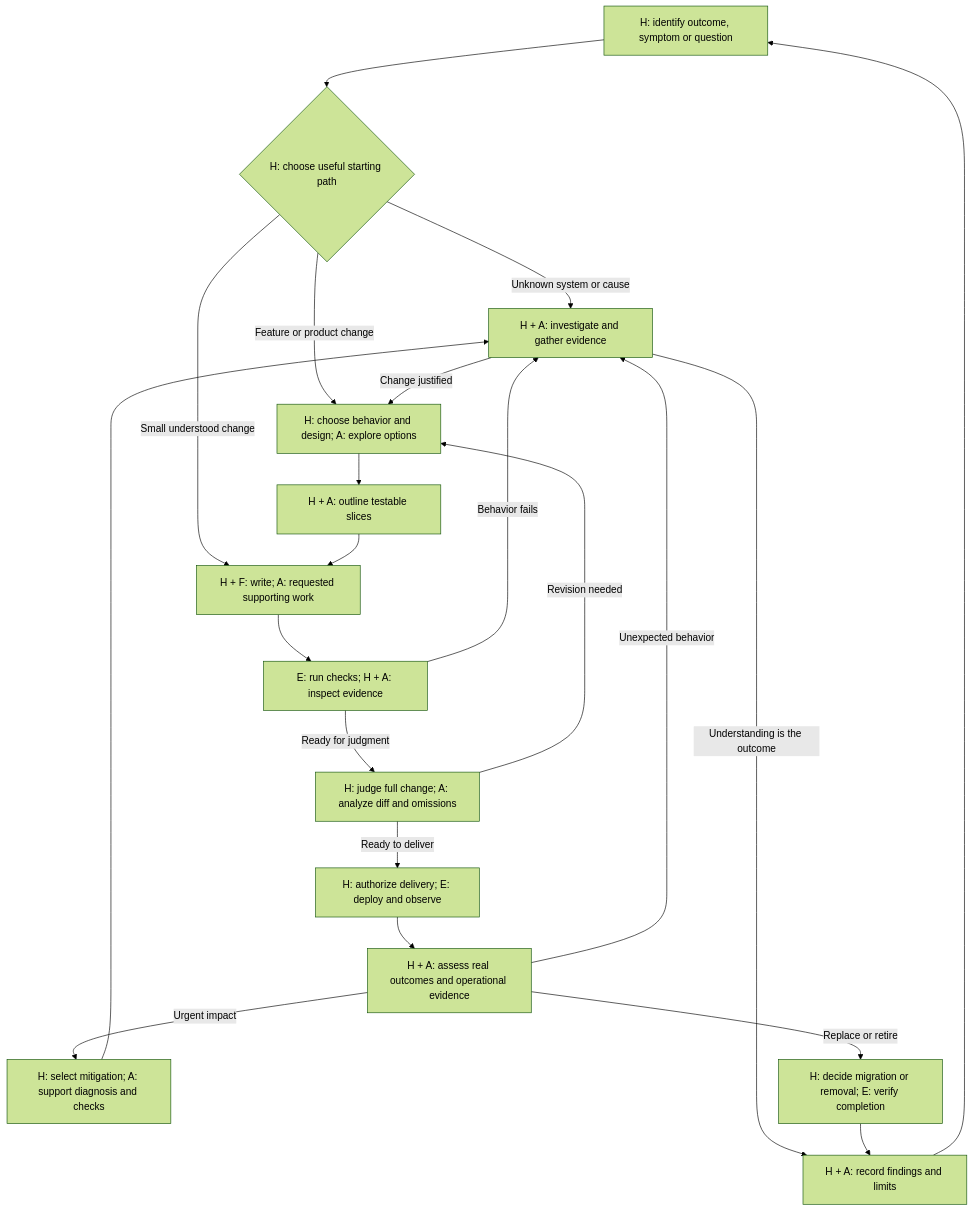
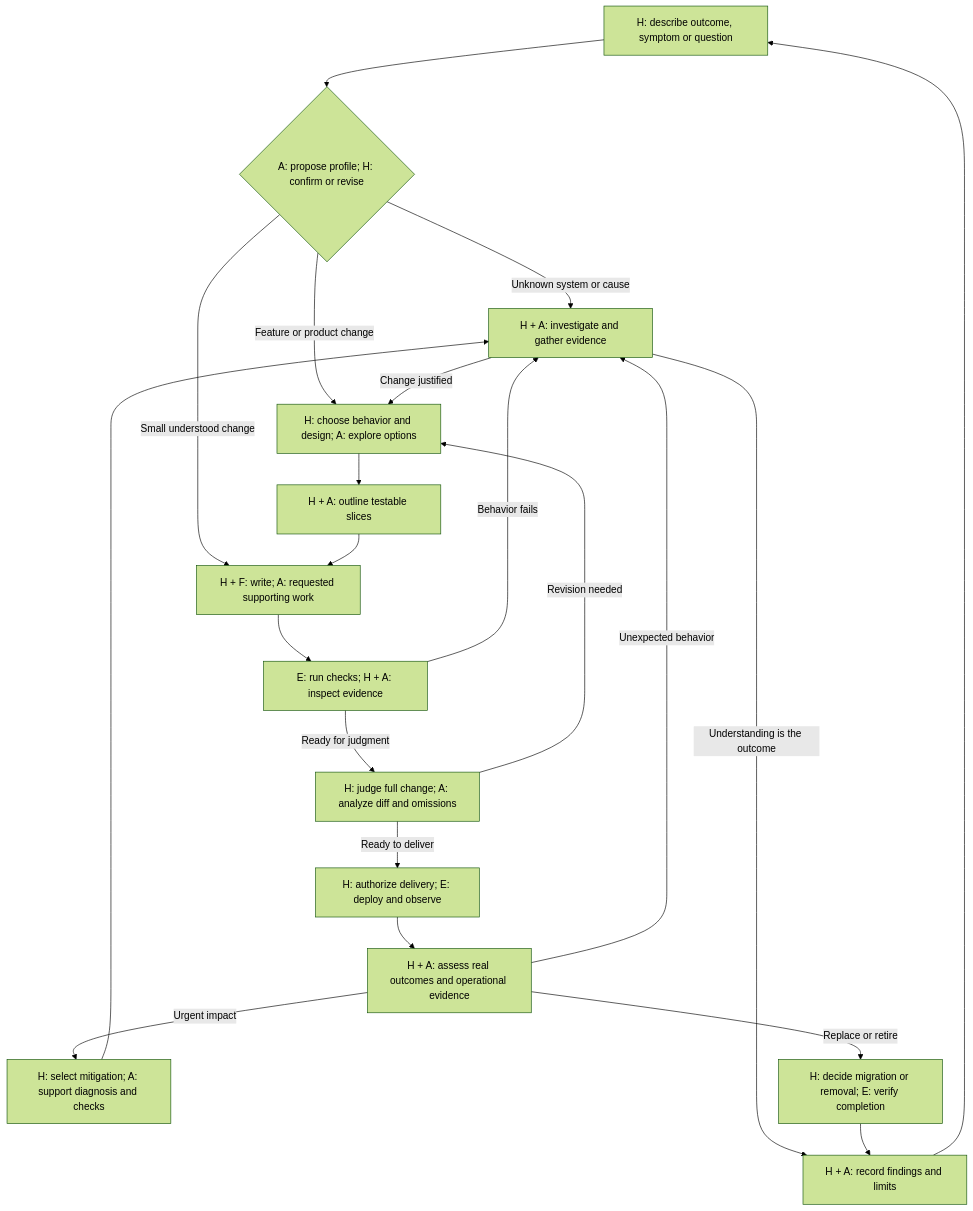
One commit to Kade-Powell/ahead changed the first of 8 diagrams in docs/development/ahead-workflows.md. Above: the diagram before and after it, drawn with Mermaid (forest theme). The commit also changed other lines of this file and 23 other files, not shown here.

````diff
--- a/docs/development/ahead-workflows.md
+++ b/docs/development/ahead-workflows.md
@@ -60,23 +74,23 @@
 ```mermaid
 flowchart TD
-  Need["H: identify outcome, symptom or question"] --> Kind{"H: choose useful starting path"}
+  Need["H: describe outcome, symptom or question"] --> Kind{"A: propose profile; H: confirm or revise"}
   Kind -->|Unknown system or cause| Investigate["H + A: investigate and gather evidence"]
   Kind -->|Feature or product change| Design["H: choose behavior and design; A: explore options"]
   Kind -->|Small understood change| Write["H + F: write; A: requested supporting work"]
   Investigate -->|Understanding is the outcome| Record["H + A: record findings and limits"]
   Investigate -->|Change justified| Design
   Design --> Outline["H + A: outline testable slices"]
   Outline --> Write
   Write --> Verify["E: run checks; H + A: inspect evidence"]
   Verify -->|Behavior fails| Investigate
   Verify -->|Ready for judgment| Review["H: judge full change; A: analyze diff and omissions"]
   Review -->|Revision needed| Design
   Review -->|Ready to deliver| Release["H: authorize delivery; E: deploy and observe"]
   Release --> Operate["H + A: assess real outcomes and operational evidence"]
   Operate -->|Unexpected behavior| Investigate
   Operate -->|Urgent impact| Stabilize["H: select mitigation; A: support diagnosis and checks"]
   Stabilize --> Investigate
   Operate -->|Replace or retire| Retire["H: decide migration or removal; E: verify completion"]
   Retire --> Record
   Record --> Need
 ```
````
